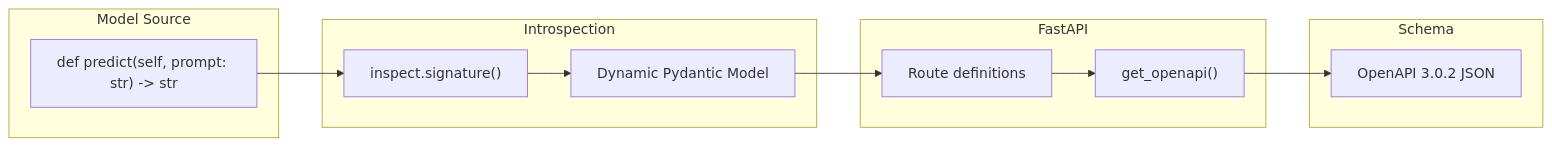
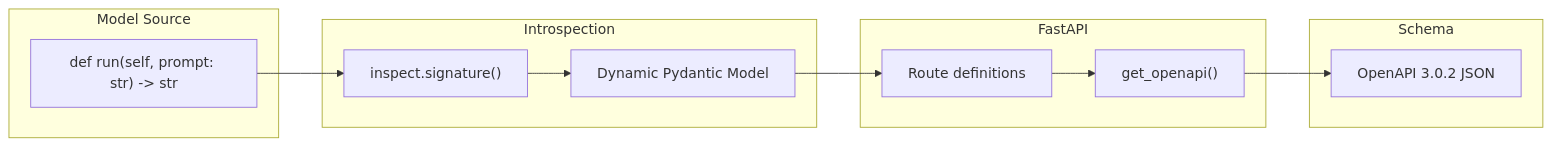
The diagram in architecture/02-schema.md (replicate/cog), drawn with Mermaid before and after one commit. The commit also changed other lines of this file and 21 other files, not shown here.

````diff
--- a/architecture/02-schema.md
+++ b/architecture/02-schema.md
@@ -61,22 +61,22 @@
 ```mermaid
 flowchart LR
     subgraph source["Model Source"]
-        predict["def predict(self, prompt: str) -> str"]
+        run_method["def run(self, prompt: str) -> str"]
     end
     
     subgraph introspection["Introspection"]
         sig["inspect.signature()"]
         pydantic["Dynamic Pydantic Model"]
     end
     
     subgraph fastapi["FastAPI"]
         routes["Route definitions"]
         openapi["get_openapi()"]
     end
     
     subgraph output["Schema"]
         spec["OpenAPI 3.0.2 JSON"]
     end
     
-    predict --> sig --> pydantic --> routes --> openapi --> spec
+    run_method --> sig --> pydantic --> routes --> openapi --> spec
 ```
````
